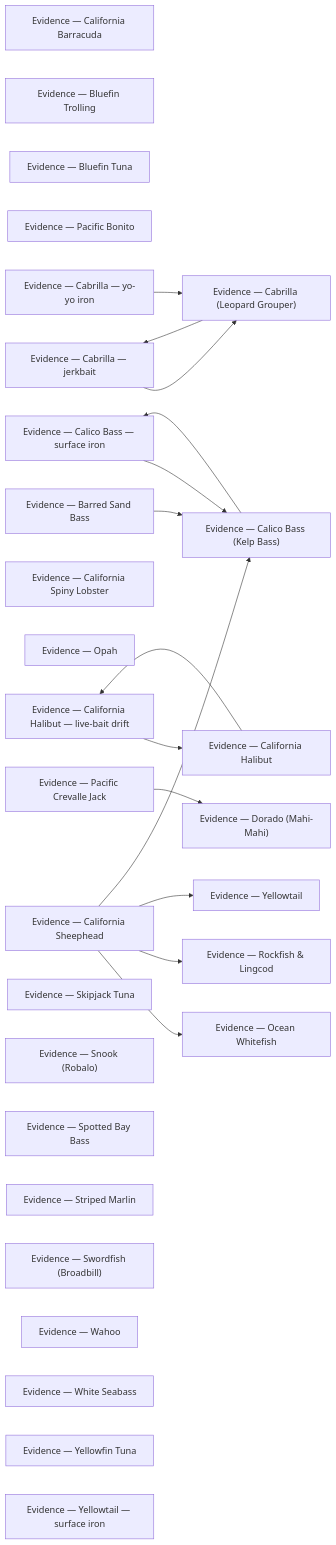
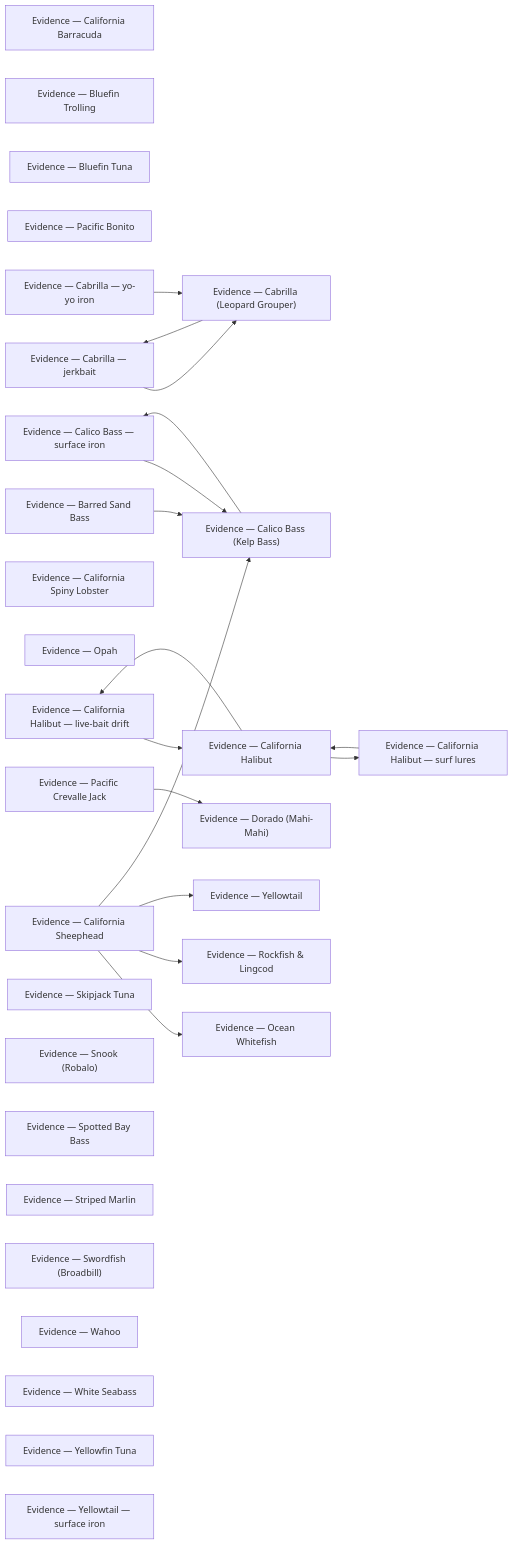
One commit to camchuckpete-max/Socal-Fishing-Knowledge changed the diagram in species/evidence/README.md. Above: the diagram before and after it, drawn with Mermaid. The commit also changed other lines of this file and 15 other files, not shown here.

Commit message:
review: relocate species/california-halibut.md → species/california-halibut-surf-lures.md

````diff
--- a/species/evidence/README.md
+++ b/species/evidence/README.md
@@ -42,45 +43,48 @@
 ```mermaid
 graph LR
   n0["Evidence — California Barracuda"]
   n1["Evidence — Bluefin Trolling"]
   n2["Evidence — Bluefin Tuna"]
   n3["Evidence — Pacific Bonito"]
   n4["Evidence — Cabrilla — jerkbait"]
   n5["Evidence — Cabrilla — yo-yo iron"]
   n6["Evidence — Cabrilla (Leopard Grouper)"]
   n7["Evidence — Calico Bass — surface iron"]
   n8["Evidence — Calico Bass (Kelp Bass)"]
   n9["Evidence — California Halibut — live-bait drift"]
-  n10["Evidence — California Halibut"]
-  n11["Evidence — California Spiny Lobster"]
-  n12["Evidence — Dorado (Mahi-Mahi)"]
-  n13["Evidence — Ocean Whitefish"]
-  n14["Evidence — Opah"]
-  n15["Evidence — Pacific Crevalle Jack"]
-  n16["Evidence — Rockfish & Lingcod"]
-  n17["Evidence — Barred Sand Bass"]
-  n18["Evidence — California Sheephead"]
-  n19["Evidence — Skipjack Tuna"]
-  n20["Evidence — Snook (Robalo)"]
-  n21["Evidence — Spotted Bay Bass"]
-  n22["Evidence — Striped Marlin"]
-  n23["Evidence — Swordfish (Broadbill)"]
-  n24["Evidence — Wahoo"]
-  n25["Evidence — White Seabass"]
-  n26["Evidence — Yellowfin Tuna"]
-  n27["Evidence — Yellowtail — surface iron"]
-  n28["Evidence — Yellowtail"]
-  n10 --> n9
-  n15 --> n12
-  n17 --> n8
-  n18 --> n13
-  n18 --> n16
-  n18 --> n28
+  n10["Evidence — California Halibut — surf lures"]
+  n11["Evidence — California Halibut"]
+  n12["Evidence — California Spiny Lobster"]
+  n13["Evidence — Dorado (Mahi-Mahi)"]
+  n14["Evidence — Ocean Whitefish"]
+  n15["Evidence — Opah"]
+  n16["Evidence — Pacific Crevalle Jack"]
+  n17["Evidence — Rockfish & Lingcod"]
+  n18["Evidence — Barred Sand Bass"]
+  n19["Evidence — California Sheephead"]
+  n20["Evidence — Skipjack Tuna"]
+  n21["Evidence — Snook (Robalo)"]
+  n22["Evidence — Spotted Bay Bass"]
+  n23["Evidence — Striped Marlin"]
+  n24["Evidence — Swordfish (Broadbill)"]
+  n25["Evidence — Wahoo"]
+  n26["Evidence — White Seabass"]
+  n27["Evidence — Yellowfin Tuna"]
+  n28["Evidence — Yellowtail — surface iron"]
+  n29["Evidence — Yellowtail"]
+  n10 --> n11
+  n11 --> n10
+  n11 --> n9
+  n16 --> n13
   n18 --> n8
+  n19 --> n14
+  n19 --> n17
+  n19 --> n29
+  n19 --> n8
   n4 --> n6
   n5 --> n6
   n6 --> n4
   n7 --> n8
   n8 --> n7
-  n9 --> n10
+  n9 --> n11
 ```
````
